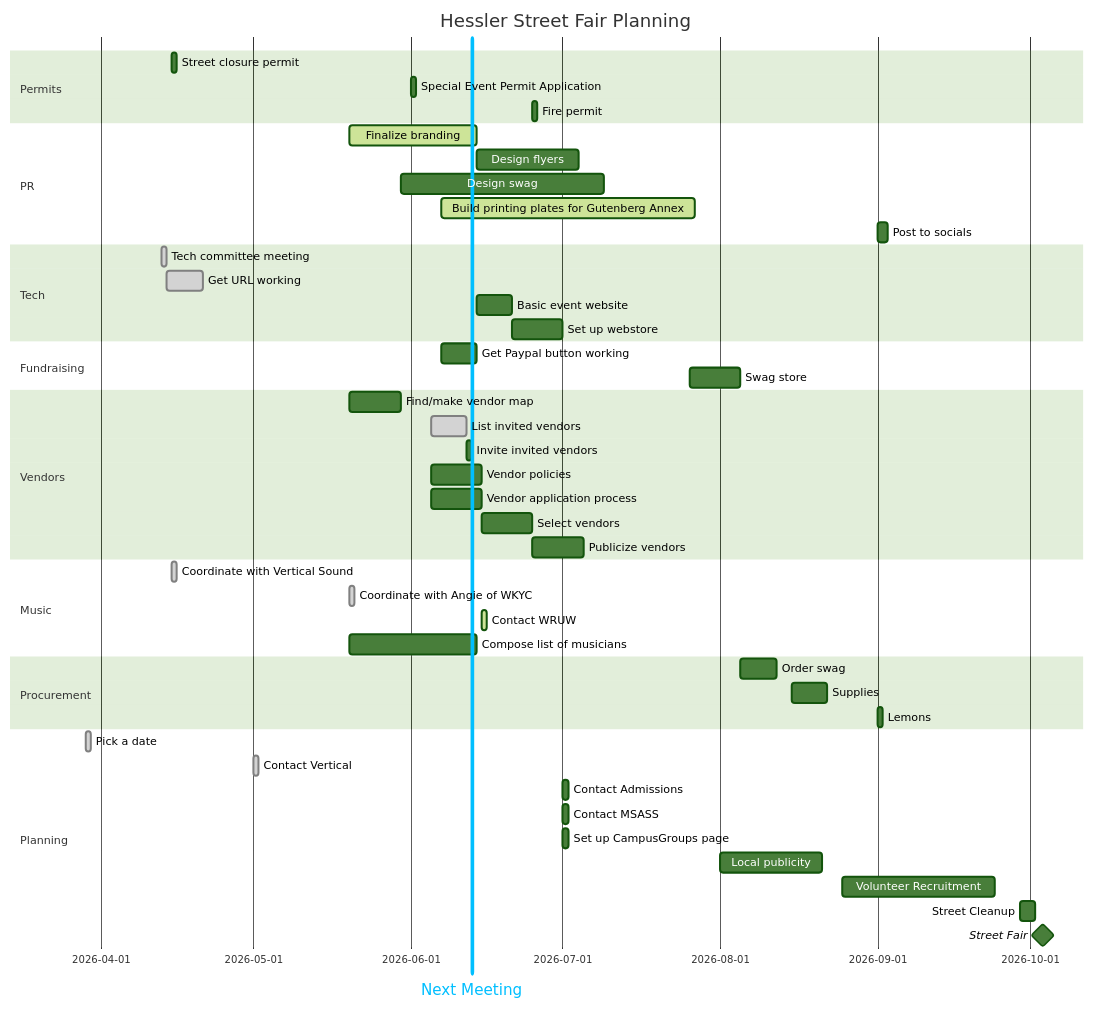
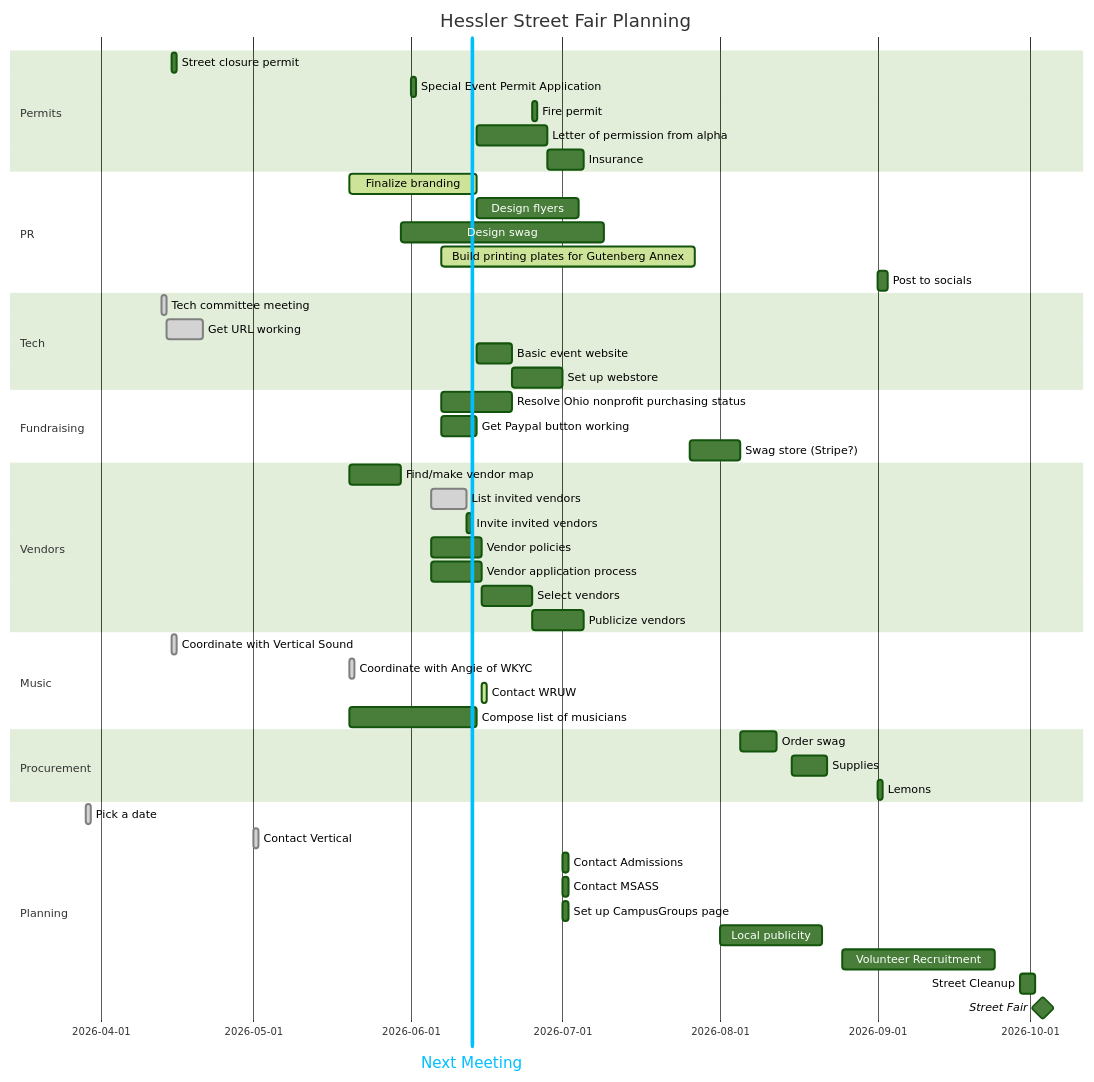
One commit to KCollins/KCollins.github.io changed the first of 2 diagrams in files/fairplan.md. Above: the diagram before and after it, drawn with Mermaid.

````diff
--- a/files/fairplan.md
+++ b/files/fairplan.md
@@ -1,54 +1,58 @@
 ```mermaid
 %%{init: {'theme': 'forest'}}%%
 gantt
     title  Hessler Street Fair Planning
     dateFormat YYYY-MM-DD
     section Permits
             Street closure permit    :streetpermit, 2026-04-15, 1d
             Special Event Permit Application    :eventpermit, 2026-06-01, 1d
             Fire permit    :firepermit, after vendorselect eventpermit, 1d
+            Letter of permission from alpha: alphaletter, 2026-06-14, 14d
+            Insurance: insurance, after alphaletter, 7d
 
     section PR
             Finalize branding :active, brand, 2026-05-20, 25d
+            %% Reminder: get binder back from Zoe!
             Design flyers : flyers, after brand, 20d
             Design swag    : designswag, 2026-05-30, 40d
             Build printing plates for Gutenberg Annex: active, 3dplates, 2026-06-07, 50d
             Post to socials: socials, 2026-09-01, 2d
     section Tech
             Tech committee meeting: done, techmeet, 2026-04-13, 1d
             Get URL working:done, url, after techmeet, 7d
             Basic event website: basicsite, after brand, 7d
             Set up webstore: webstore, after basicsite, 10d
     section Fundraising
+            Resolve Ohio nonprofit purchasing status: nonprofitstatus, 2026-06-07, 14d
             Get Paypal button working: paypal, 2026-06-07, 7d
-            Swag store    :swagstore, after designswag webstore swag, 10d
+            Swag store (Stripe?)    :swagstore, after designswag webstore swag, 10d
     section Vendors
             Find/make vendor map: vendormap, 2026-05-20, 10d
             List invited vendors: done, invitelist, 2026-06-05, 7d
             Invite invited vendors: invite, after invitelist eventpermit, 1d
             Vendor policies: policy, 2026-06-05, 10d
             Vendor application process: vendorapp, 2026-06-05, 10d
             Select vendors: vendorselect, after invitelist vendorapp, 10d
             Publicize vendors: vendor-announce, after vendorselect, 10d
     section Music
             Coordinate with Vertical Sound    :done, vertical, 2026-04-15, 1d
             Coordinate with Angie of WKYC    : done, wkyc, 2026-05-20, 1d
             Contact WRUW:active,  wruw, 2026-06-15, 1d
             Compose list of musicians: musiclist, 2026-05-20, 25d
     section Procurement
             Order swag:   swag, after swagstore, 7d
             Supplies: supplies, 2026-08-15, 7d
             Lemons: lemons, 2026-09-01, 1d
     section Planning
             Pick a date :done, pick, 2026-03-29, 1d
             Next Meeting :vert, v1, 2026-06-13, 0d
             Contact Vertical: done, vertical, 2026-05-01, 1d
             Contact Admissions: admissions, 2026-07-01, 1d
             Contact MSASS: msass, 2026-07-01, 1d
             Set up CampusGroups page: campusgroups, 2026-07-01, 1d
             Local publicity: publicize, 2026-08-01, 20d
             Volunteer Recruitment: recruit, 2026-08-25, 30d
             Street Cleanup: cleanup, 2026-09-29, 3d
             Street Fair        :milestone, streetfair, 2026-10-03, 1d
 
 ```
````
